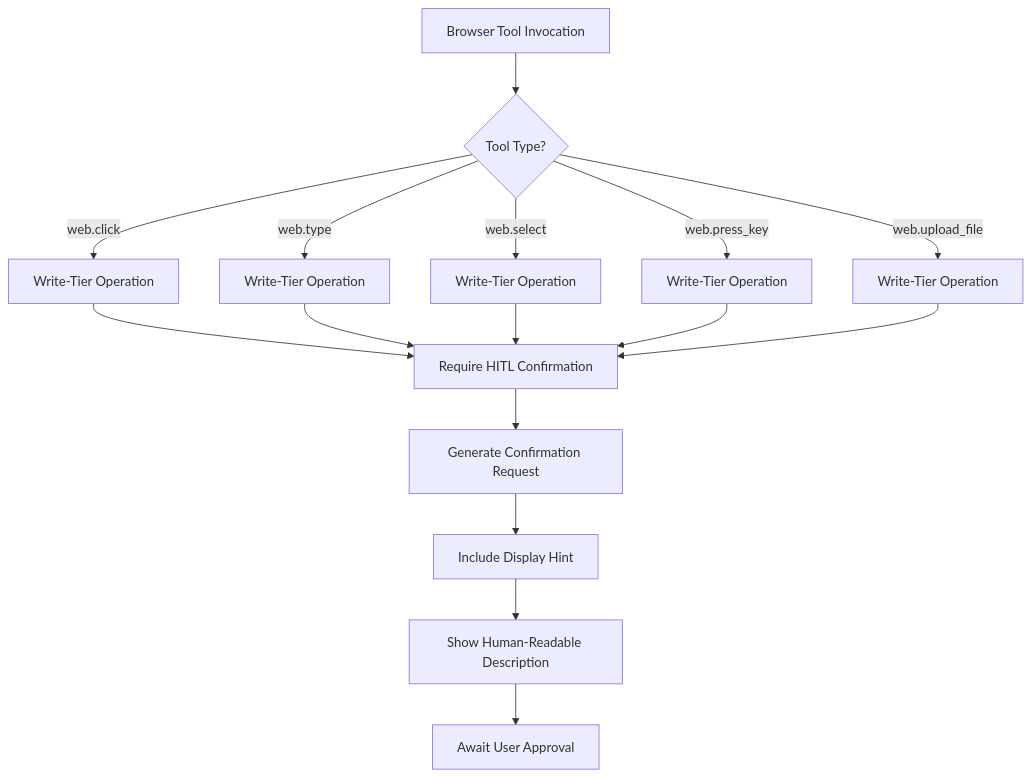
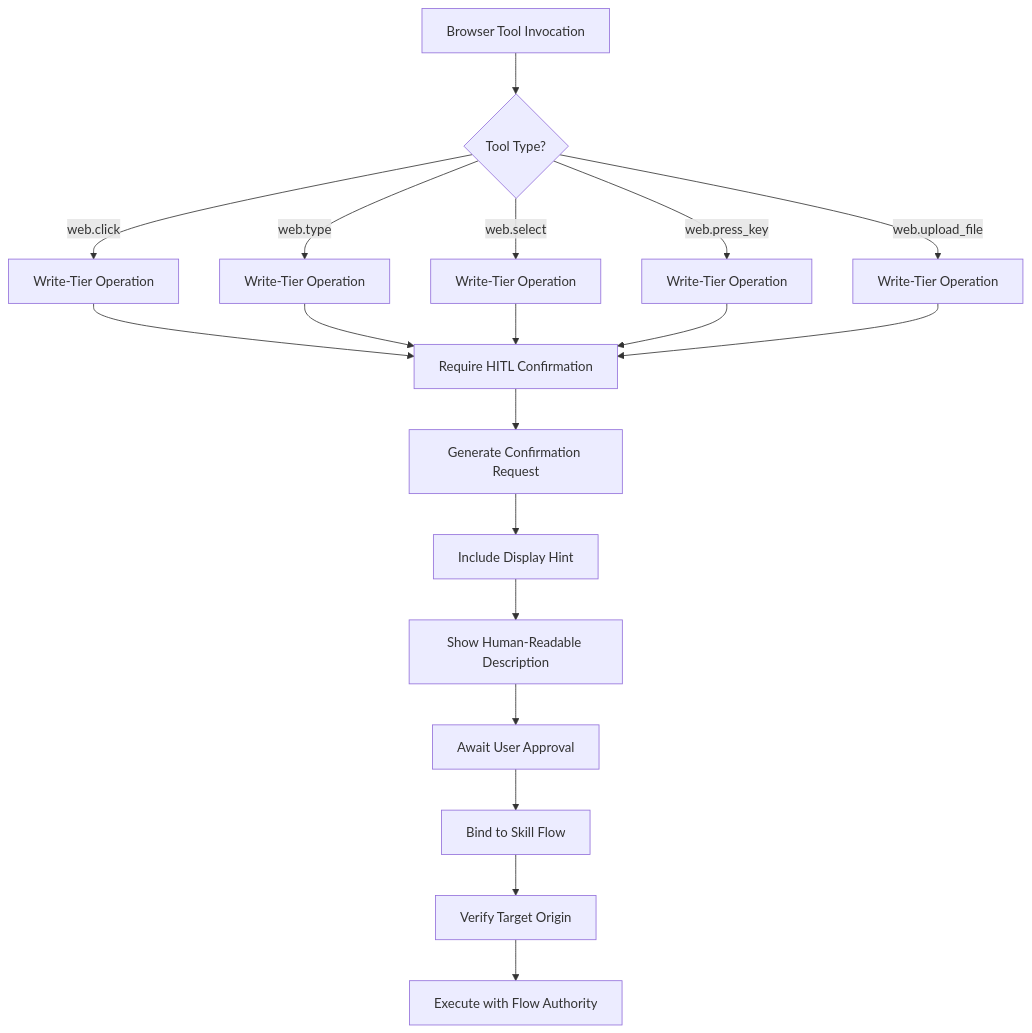
Before and after one commit to metasync/luban-aiops: the tenth of 41 diagrams in .qoder/repowiki/en/content/Agent Platform Service/Agent Platform Service.md, drawn with Mermaid. The commit also changed other lines of this file and 48 other files, not shown here.

````diff
--- a/.qoder/repowiki/en/content/Agent Platform Service/Agent Platform Service.md
+++ b/.qoder/repowiki/en/content/Agent Platform Service/Agent Platform Service.md
@@ -868,18 +1062,21 @@
 ```mermaid
 flowchart TD
 A["Browser Tool Invocation"] --> B{"Tool Type?"}
 B --> |web.click| C["Write-Tier Operation"]
 B --> |web.type| D["Write-Tier Operation"]
 B --> |web.select| E["Write-Tier Operation"]
 B --> |web.press_key| F["Write-Tier Operation"]
 B --> |web.upload_file| G["Write-Tier Operation"]
 C --> H["Require HITL Confirmation"]
 D --> H
 E --> H
 F --> H
 G --> H
 H --> I["Generate Confirmation Request"]
 I --> J["Include Display Hint"]
 J --> K["Show Human-Readable Description"]
 K --> L["Await User Approval"]
+L --> M["Bind to Skill Flow"]
+M --> N["Verify Target Origin"]
+N --> O["Execute with Flow Authority"]
 ```
````
